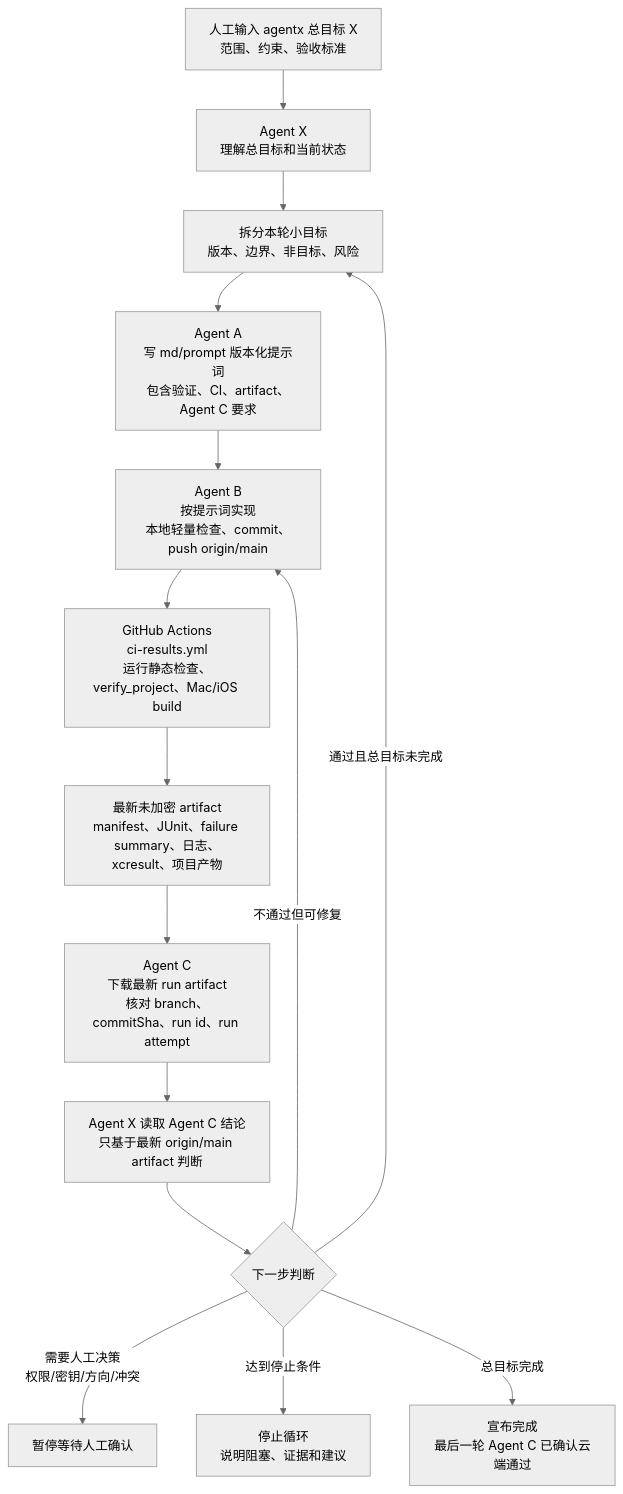
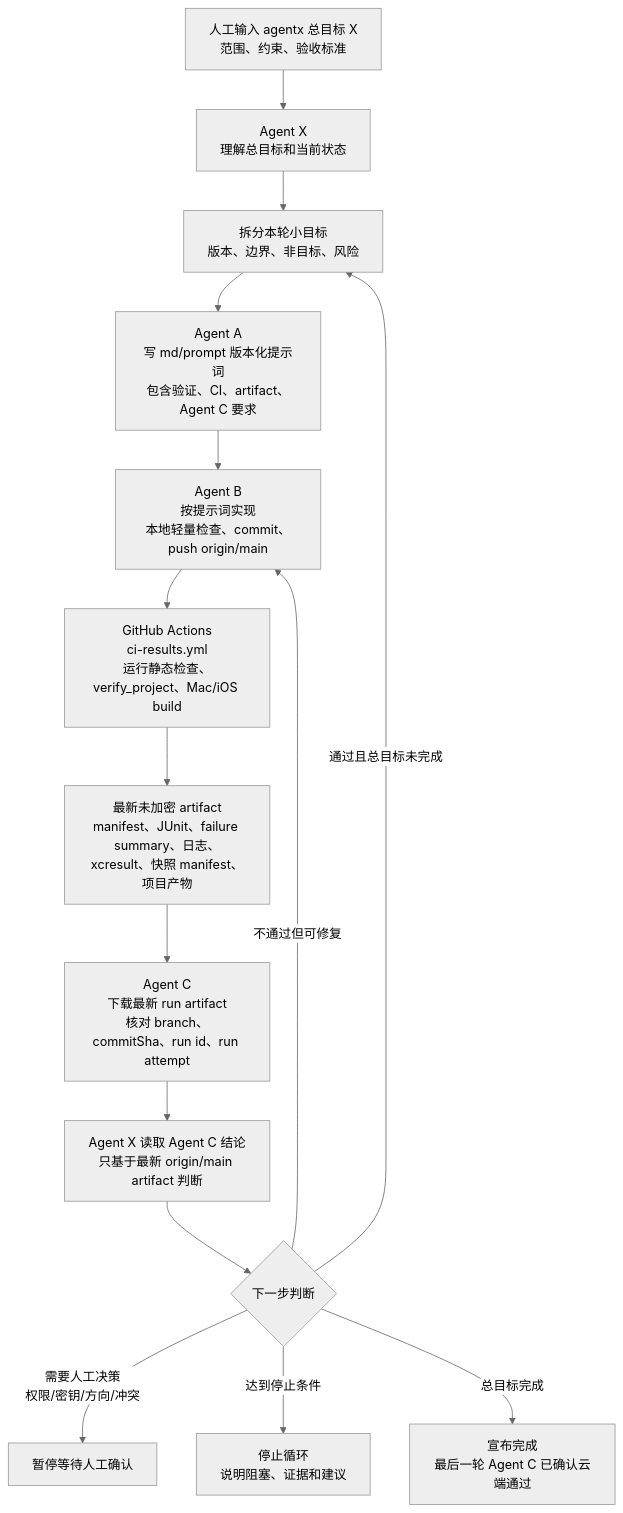
The sixth of 6 diagrams in md/flow/flowchart.md (Altman-sam114/114), drawn with Mermaid (neutral theme) before and after one commit. The commit also changed other lines of this file and 10 other files, not shown here.

````diff
--- a/md/flow/flowchart.md
+++ b/md/flow/flowchart.md
@@ -130,17 +131,17 @@
 ```mermaid
 flowchart TD
   H["人工输入 agentx 总目标 X<br/>范围、约束、验收标准"] --> X0["Agent X<br/>理解总目标和当前状态"]
   X0 --> X1["拆分本轮小目标<br/>版本、边界、非目标、风险"]
   X1 --> A["Agent A<br/>写 md/prompt 版本化提示词<br/>包含验证、CI、artifact、Agent C 要求"]
   A --> B["Agent B<br/>按提示词实现<br/>本地轻量检查、commit、push origin/main"]
   B --> CI["GitHub Actions<br/>ci-results.yml<br/>运行静态检查、verify_project、Mac/iOS build"]
-  CI --> ART["最新未加密 artifact<br/>manifest、JUnit、failure summary、日志、xcresult、项目产物"]
+  CI --> ART["最新未加密 artifact<br/>manifest、JUnit、failure summary、日志、xcresult、快照 manifest、项目产物"]
   ART --> C["Agent C<br/>下载最新 run artifact<br/>核对 branch、commitSha、run id、run attempt"]
   C --> X2["Agent X 读取 Agent C 结论<br/>只基于最新 origin/main artifact 判断"]
   X2 --> D{"下一步判断"}
   D -->|通过且总目标未完成| X1
   D -->|不通过但可修复| B
   D -->|需要人工决策<br/>权限/密钥/方向/冲突| P["暂停等待人工确认"]
   D -->|达到停止条件| S["停止循环<br/>说明阻塞、证据和建议"]
   D -->|总目标完成| DONE["宣布完成<br/>最后一轮 Agent C 已确认云端通过"]
 ```
````
